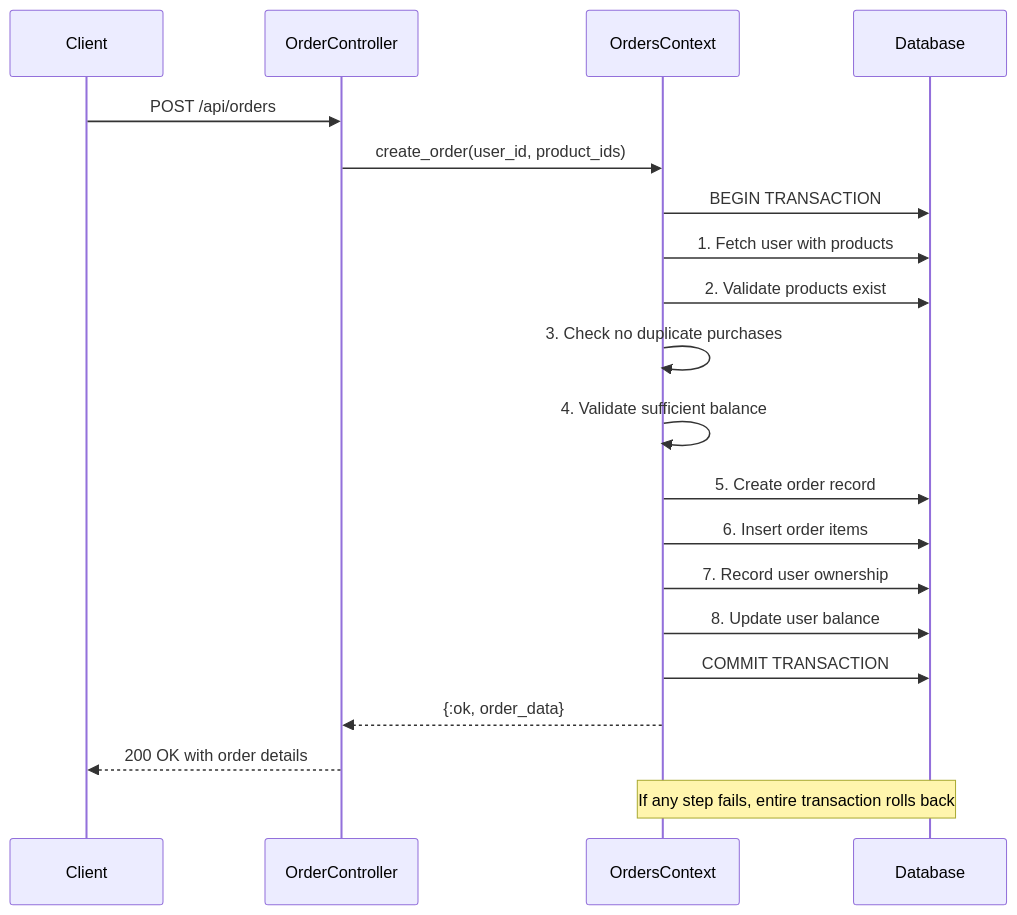
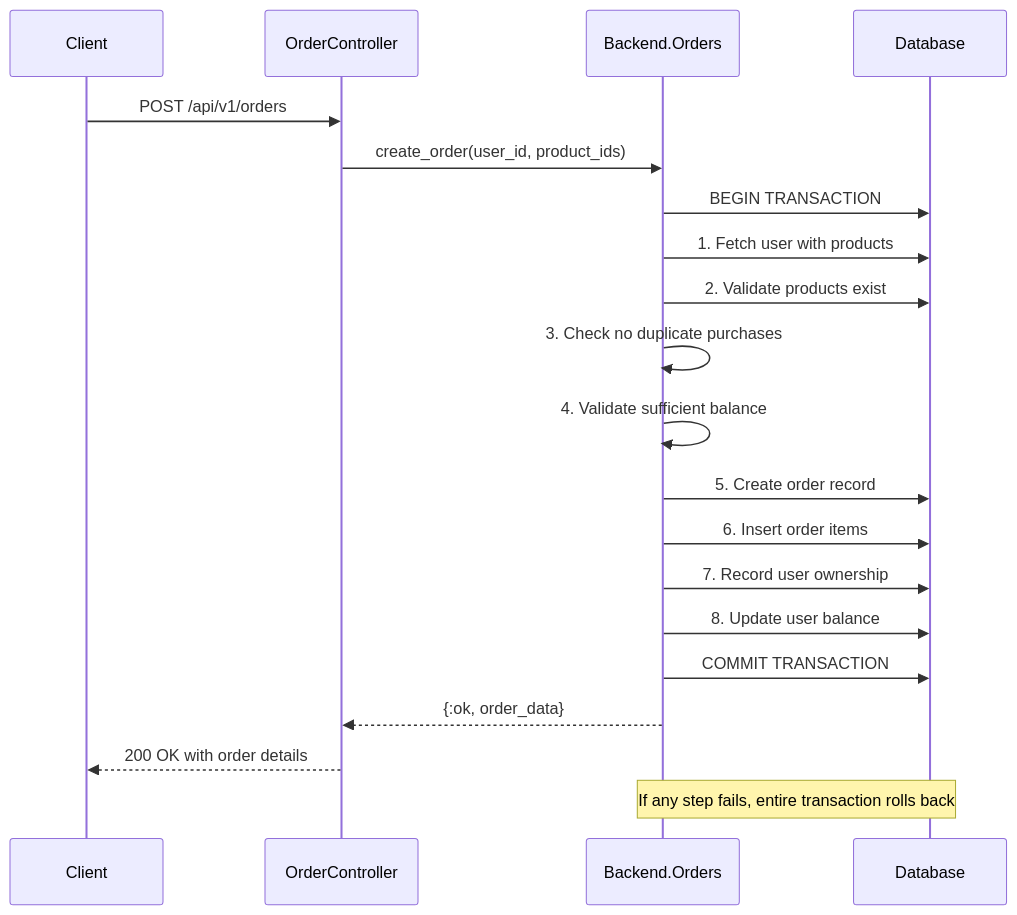
One commit to soniaood/backend-exercise changed the third of 3 diagrams in backend/README.md. Above: the diagram before and after it, drawn with Mermaid. The commit also changed other lines of this file, not shown here.

````diff
--- a/backend/README.md
+++ b/backend/README.md
@@ -353,26 +355,26 @@
 ```mermaid
 sequenceDiagram
     participant Client
     participant OrderController
-    participant OrdersContext
+    participant BackendOrders as Backend.Orders
     participant Database
     
-    Client->>OrderController: POST /api/orders
-    OrderController->>OrdersContext: create_order(user_id, product_ids)
+    Client->>OrderController: POST /api/v1/orders
+    OrderController->>BackendOrders: create_order(user_id, product_ids)
     
-    OrdersContext->>Database: BEGIN TRANSACTION
-    OrdersContext->>Database: 1. Fetch user with products
-    OrdersContext->>Database: 2. Validate products exist
-    OrdersContext->>OrdersContext: 3. Check no duplicate purchases
-    OrdersContext->>OrdersContext: 4. Validate sufficient balance
-    OrdersContext->>Database: 5. Create order record
-    OrdersContext->>Database: 6. Insert order items
-    OrdersContext->>Database: 7. Record user ownership
-    OrdersContext->>Database: 8. Update user balance
-    OrdersContext->>Database: COMMIT TRANSACTION
+    BackendOrders->>Database: BEGIN TRANSACTION
+    BackendOrders->>Database: 1. Fetch user with products
+    BackendOrders->>Database: 2. Validate products exist
+    BackendOrders->>BackendOrders: 3. Check no duplicate purchases
+    BackendOrders->>BackendOrders: 4. Validate sufficient balance
+    BackendOrders->>Database: 5. Create order record
+    BackendOrders->>Database: 6. Insert order items
+    BackendOrders->>Database: 7. Record user ownership
+    BackendOrders->>Database: 8. Update user balance
+    BackendOrders->>Database: COMMIT TRANSACTION
     
-    OrdersContext-->>OrderController: {:ok, order_data}
+    BackendOrders-->>OrderController: {:ok, order_data}
     OrderController-->>Client: 200 OK with order details
     
-    Note over OrdersContext,Database: If any step fails, entire transaction rolls back
+    Note over BackendOrders,Database: If any step fails, entire transaction rolls back
 ```
````
